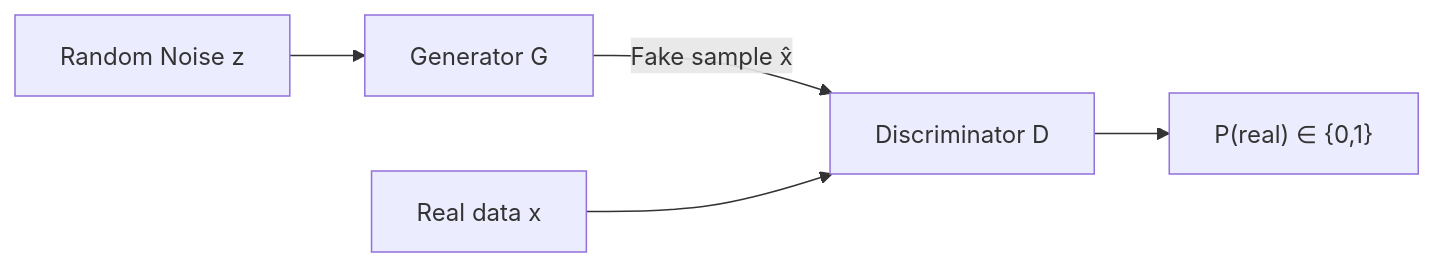
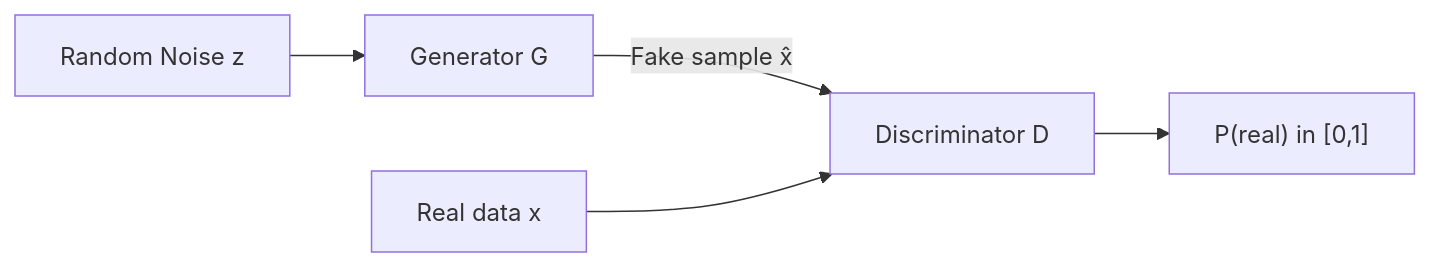
Before and after one commit to Hmago/ml4: the third of 3 diagrams in content/14_neural_networks.md, drawn with Mermaid. The commit also changed other lines of this file and 50 other files, not shown here.

````diff
--- a/content/14_neural_networks.md
+++ b/content/14_neural_networks.md
@@ -1259,7 +2117,7 @@
 ```mermaid
 graph LR
     Z[Random Noise z] --> G[Generator G]
     G -->|Fake sample x̂| D[Discriminator D]
     R[Real data x] --> D
-    D --> P["P(real) ∈ {0,1}"]
+    D --> P["P(real) in [0,1]"]
 ```
````
